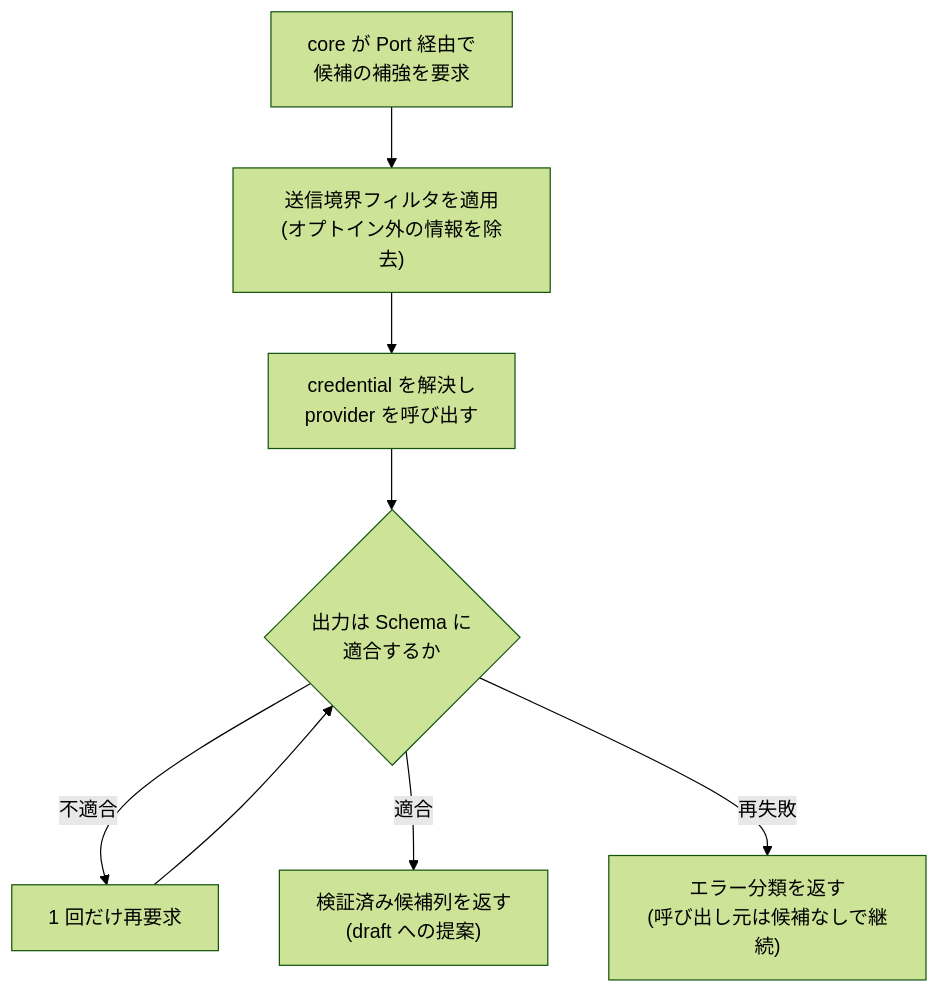
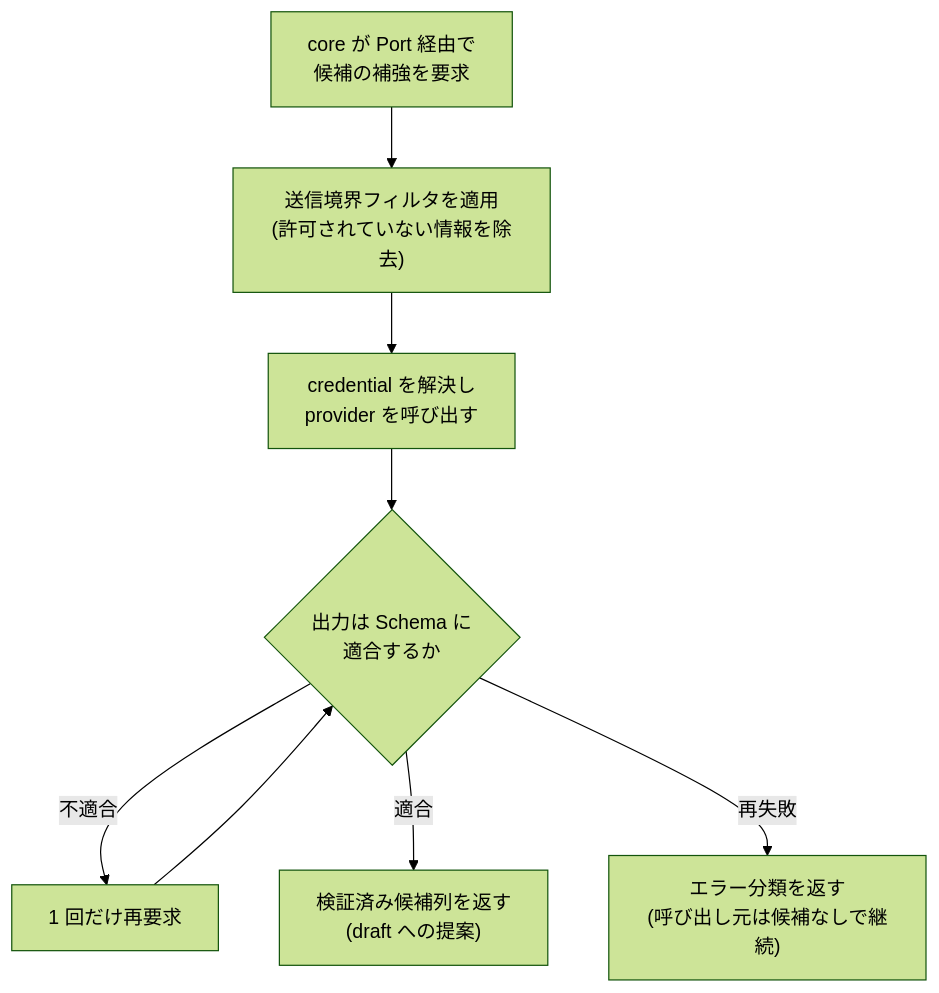
One commit to Fukuemon/screen-contract changed the second of 2 diagrams in design/features/ai-suggestions/DesignDoc_ai-suggestions.md. Above: the diagram before and after it, drawn with Mermaid (forest theme). The commit also changed other lines of this file and 9 other files, not shown here.

````diff
--- a/design/features/ai-suggestions/DesignDoc_ai-suggestions.md
+++ b/design/features/ai-suggestions/DesignDoc_ai-suggestions.md
@@ -134,10 +134,10 @@
 ```mermaid
 flowchart TD
-    A["core が Port 経由で<br/>候補の補強を要求"] --> B["送信境界フィルタを適用<br/>(オプトイン外の情報を除去)"]
+    A["core が Port 経由で<br/>候補の補強を要求"] --> B["送信境界フィルタを適用<br/>(許可されていない情報を除去)"]
     B --> C["credential を解決し<br/>provider を呼び出す"]
     C --> D{"出力は Schema に<br/>適合するか"}
     D -->|不適合| E["1 回だけ再要求"]
     E --> D
     D -->|適合| F["検証済み候補列を返す<br/>(draft への提案)"]
     D -->|再失敗| G["エラー分類を返す<br/>(呼び出し元は候補なしで継続)"]
 ```
````
